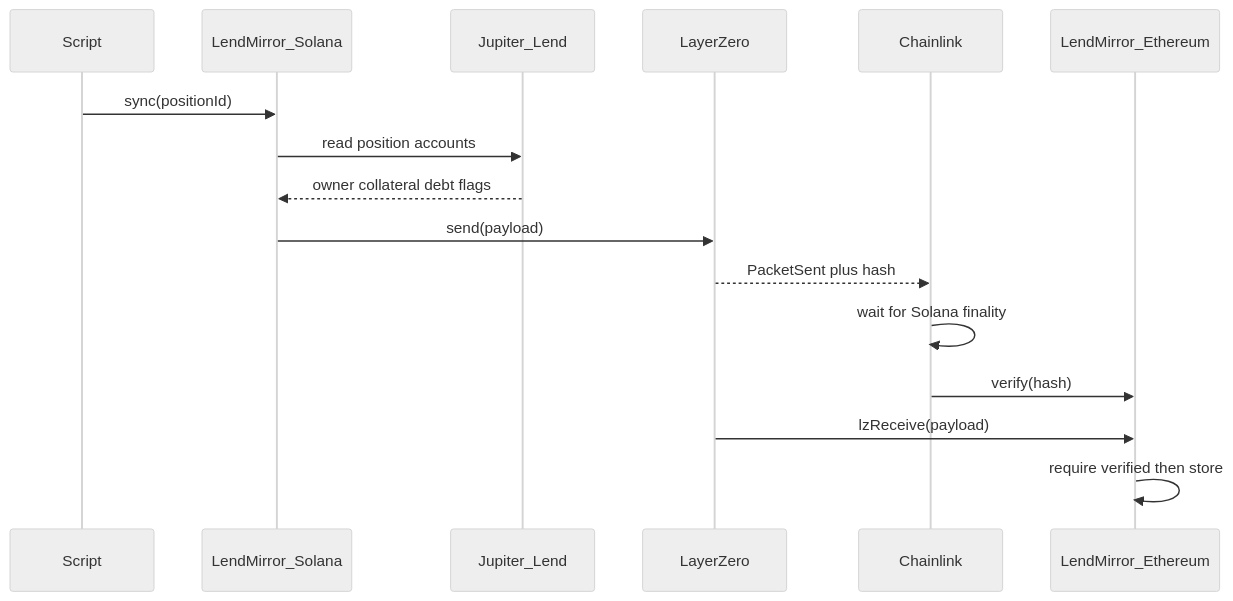
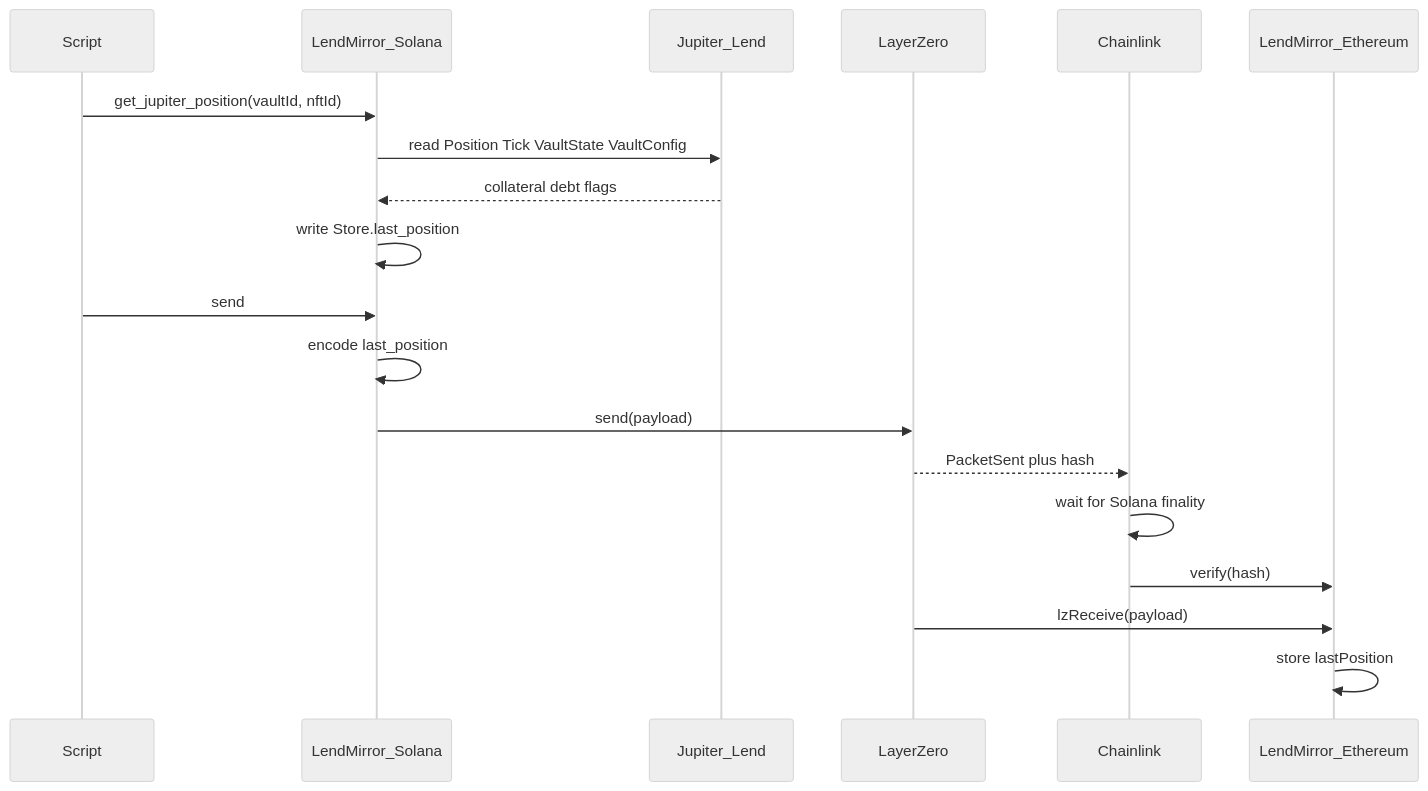
One commit to avyactjain/lendmirror changed the diagram in readme.md. Above: the diagram before and after it, drawn with Mermaid (neutral theme). The commit also changed other lines of this file and 112 other files, not shown here.

````diff
--- a/readme.md
+++ b/readme.md
@@ -29,19 +29,22 @@
 ```mermaid
 sequenceDiagram
     participant Script
     participant SolanaProgram as LendMirror_Solana
     participant Jupiter as Jupiter_Lend
     participant LZ as LayerZero
     participant CL as Chainlink
     participant Eth as LendMirror_Ethereum
 
-    Script->>SolanaProgram: sync(positionId)
-    SolanaProgram->>Jupiter: read position accounts
-    Jupiter-->>SolanaProgram: owner collateral debt flags
+    Script->>SolanaProgram: get_jupiter_position(vaultId, nftId)
+    SolanaProgram->>Jupiter: read Position Tick VaultState VaultConfig
+    Jupiter-->>SolanaProgram: collateral debt flags
+    SolanaProgram->>SolanaProgram: write Store.last_position
+    Script->>SolanaProgram: send
+    SolanaProgram->>SolanaProgram: encode last_position
     SolanaProgram->>LZ: send(payload)
     LZ-->>CL: PacketSent plus hash
     CL->>CL: wait for Solana finality
     CL->>Eth: verify(hash)
     LZ->>Eth: lzReceive(payload)
-    Eth->>Eth: require verified then store
+    Eth->>Eth: store lastPosition
 ```
````
